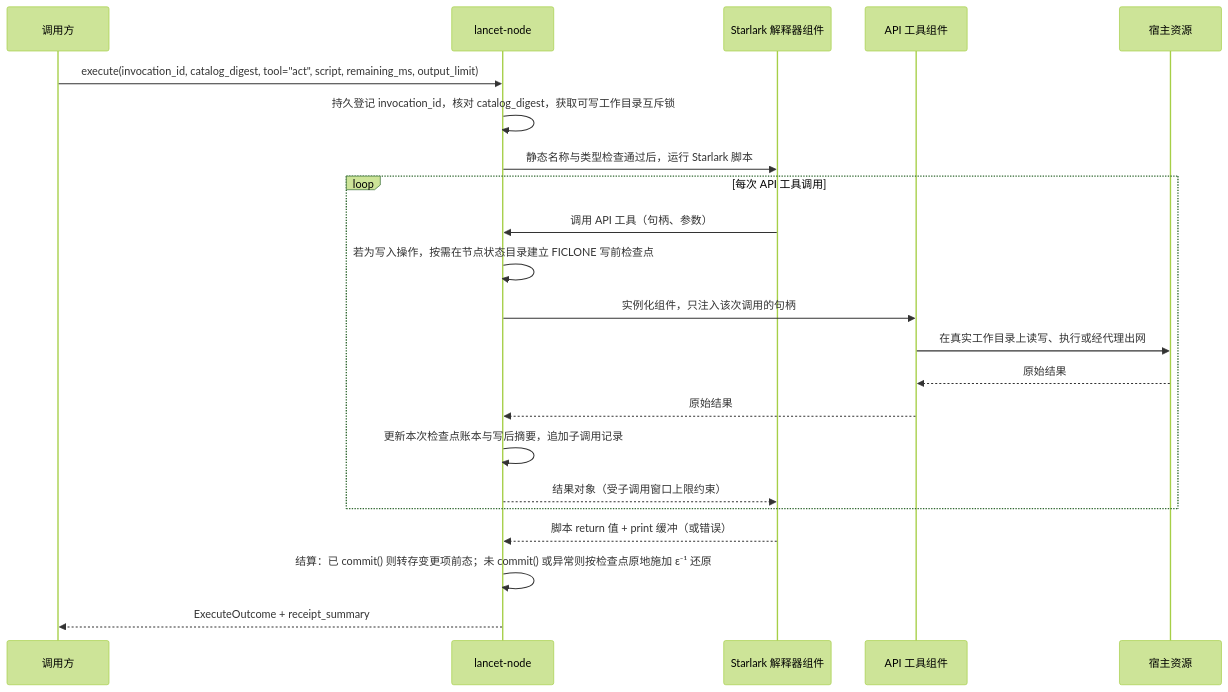
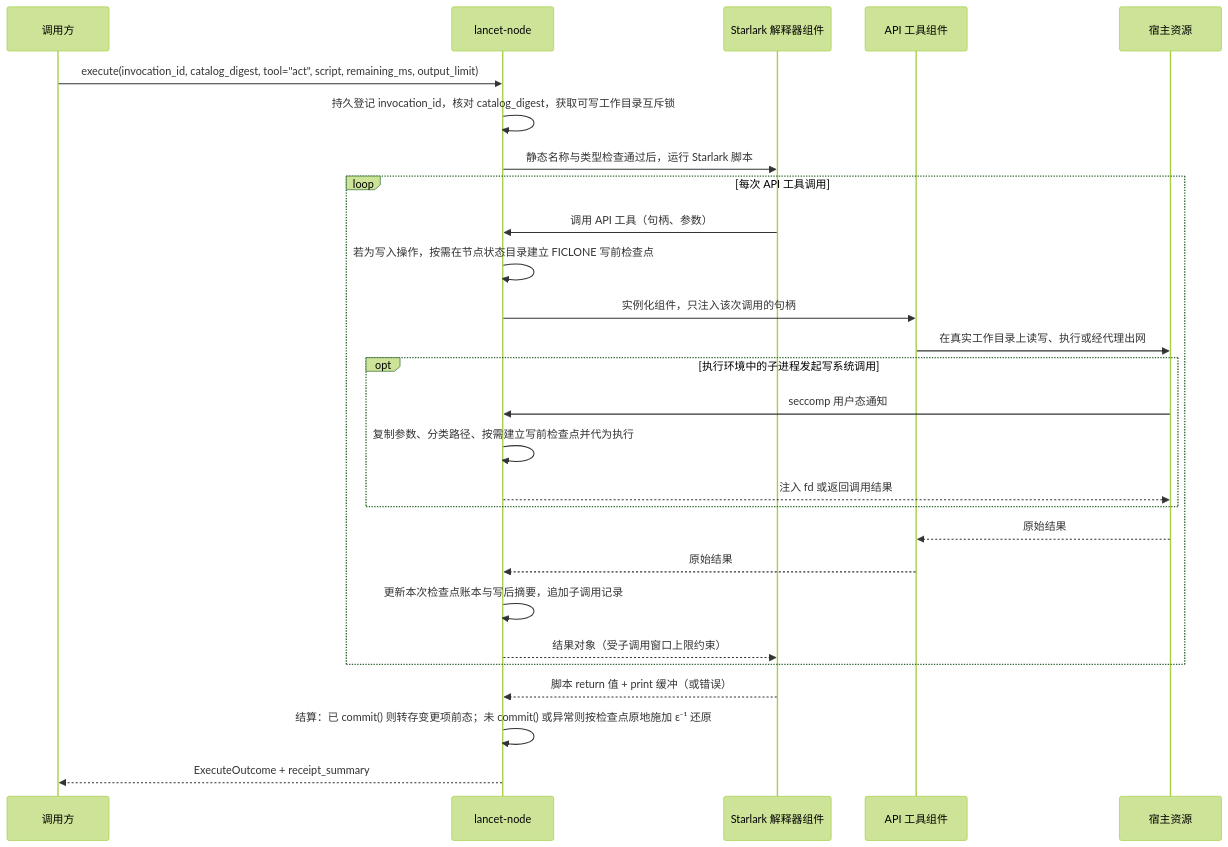
Before and after one commit to Skyline10124/lancet: the diagram in docs/adr/0002-lancet-node-api-tools-and-act.md, drawn with Mermaid (forest theme). The commit also changed other lines of this file, not shown here.

````diff
--- a/docs/adr/0002-lancet-node-api-tools-and-act.md
+++ b/docs/adr/0002-lancet-node-api-tools-and-act.md
@@ -208,24 +210,29 @@
 ```mermaid
 sequenceDiagram
     participant C as 调用方
     participant N as lancet-node
     participant I as Starlark 解释器组件
     participant T as API 工具组件
     participant R as 宿主资源
     C->>N: execute(invocation_id, catalog_digest, tool="act", script, remaining_ms, output_limit)
     N->>N: 持久登记 invocation_id，核对 catalog_digest，获取可写工作目录互斥锁
     N->>I: 静态名称与类型检查通过后，运行 Starlark 脚本
     loop 每次 API 工具调用
         I->>N: 调用 API 工具（句柄、参数）
         N->>N: 若为写入操作，按需在节点状态目录建立 FICLONE 写前检查点
         N->>T: 实例化组件，只注入该次调用的句柄
         T->>R: 在真实工作目录上读写、执行或经代理出网
+        opt 执行环境中的子进程发起写系统调用
+            R->>N: seccomp 用户态通知
+            N->>N: 复制参数、分类路径、按需建立写前检查点并代为执行
+            N-->>R: 注入 fd 或返回调用结果
+        end
         R-->>T: 原始结果
         T-->>N: 原始结果
         N->>N: 更新本次检查点账本与写后摘要，追加子调用记录
         N-->>I: 结果对象（受子调用窗口上限约束）
     end
     I-->>N: 脚本 return 值 + print 缓冲（或错误）
     N->>N: 结算：已 commit() 则转存变更项前态；未 commit() 或异常则按检查点原地施加 ε⁻¹ 还原
     N-->>C: ExecuteOutcome + receipt_summary
 ```
````
